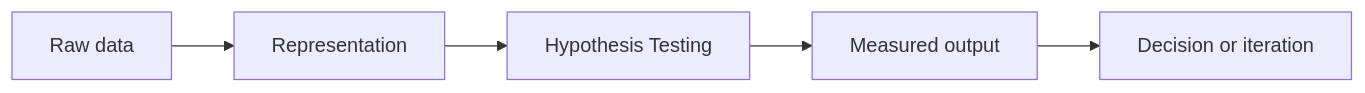
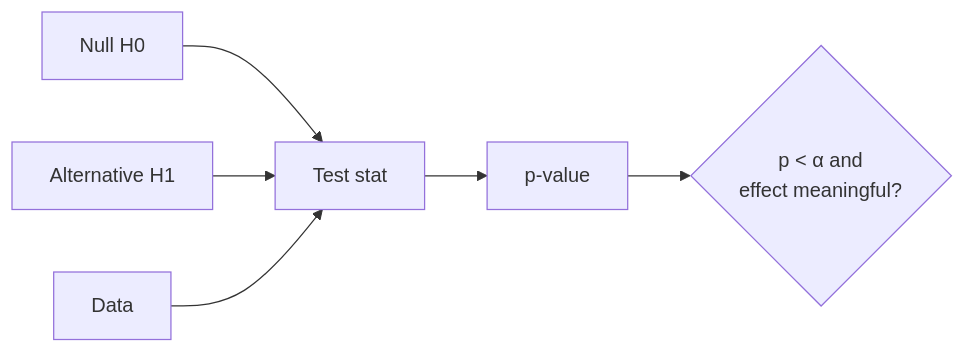
The diagram in statistics/07-hypothesis-testing.md (Icon1cc/Machine-Learning), drawn with Mermaid before and after one commit. The commit also changed other lines of this file and 264 other files, not shown here.

````diff
--- a/statistics/07-hypothesis-testing.md
+++ b/statistics/07-hypothesis-testing.md
@@ -92,7 +70,8 @@
 ```mermaid
 flowchart LR
-    A[Raw data] --> B[Representation]
-    B --> C[Hypothesis Testing]
-    C --> D[Measured output]
-    D --> E[Decision or iteration]
+    H0[Null H0] --> T[Test stat]
+    H1[Alternative H1] --> T
+    D[Data] --> T
+    T --> P[p-value]
+    P --> Dec{p < α and<br/>effect meaningful?}
 ```
````
